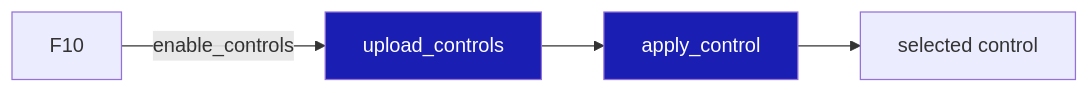
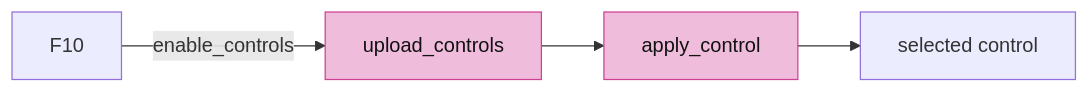
The seventh of 8 diagrams in session_viewer/docs/13-controls.md (petrasvestartas/session), drawn with Mermaid before and after one commit. The commit also changed other lines of this file and 23 other files, not shown here.

Commit message:
Course: Mermaid nodes white with black text, highlighted nodes pink, white arrows and edge labels on the black ground

````diff
--- a/session_viewer/docs/13-controls.md
+++ b/session_viewer/docs/13-controls.md
@@ -126,6 +126,6 @@
 ```mermaid
 flowchart LR
     F["F10"] -- "enable_controls" --> U["upload_controls"] --> A["apply_control"] --> S["selected control"]
-    style U fill:#1a1eb2,color:#fff
-    style A fill:#1a1eb2,color:#fff
+    style U fill:#f0bcdb,stroke:#ce4095,color:#111
+    style A fill:#f0bcdb,stroke:#ce4095,color:#111
 ```
````
